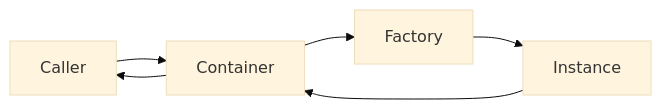
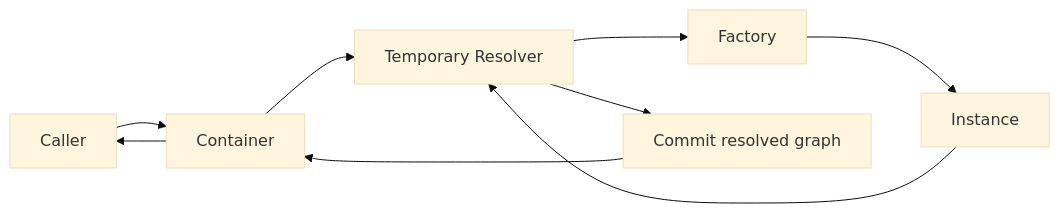
One commit to virtualitems/tshex-cli changed the diagram in docs/shared/application/providers.md. Above: the diagram before and after it, drawn with Mermaid (base theme). The commit also changed other lines of this file and 1 other file, not shown here.

Commit message:
feat: enhance dependency injection container with typed dependencies and improved registration validation

````diff
--- a/docs/shared/application/providers.md
+++ b/docs/shared/application/providers.md
@@ -156,8 +237,11 @@
 ```mermaid
 flowchart LR
-    caller[Caller] --> container[Container]
-    container --> factory[Factory]
-    factory --> instance[Instance]
-    instance --> container
-    container --> caller
+  caller[Caller] --> container[Container]
+  container --> resolver[Temporary Resolver]
+  resolver --> factory[Factory]
+  factory --> instance[Instance]
+  instance --> resolver
+  resolver --> commit[Commit resolved graph]
+  commit --> container
+  container --> caller
 ```
````
